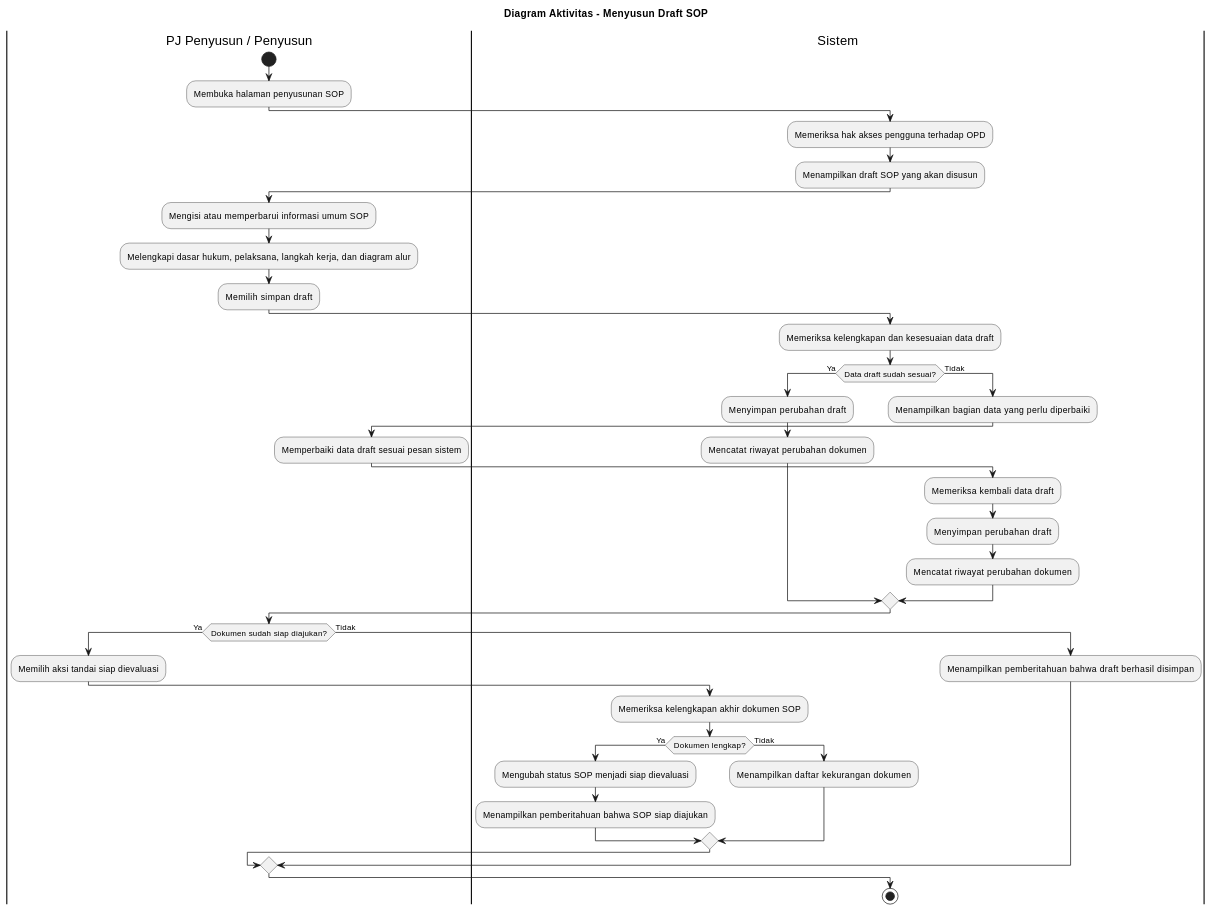
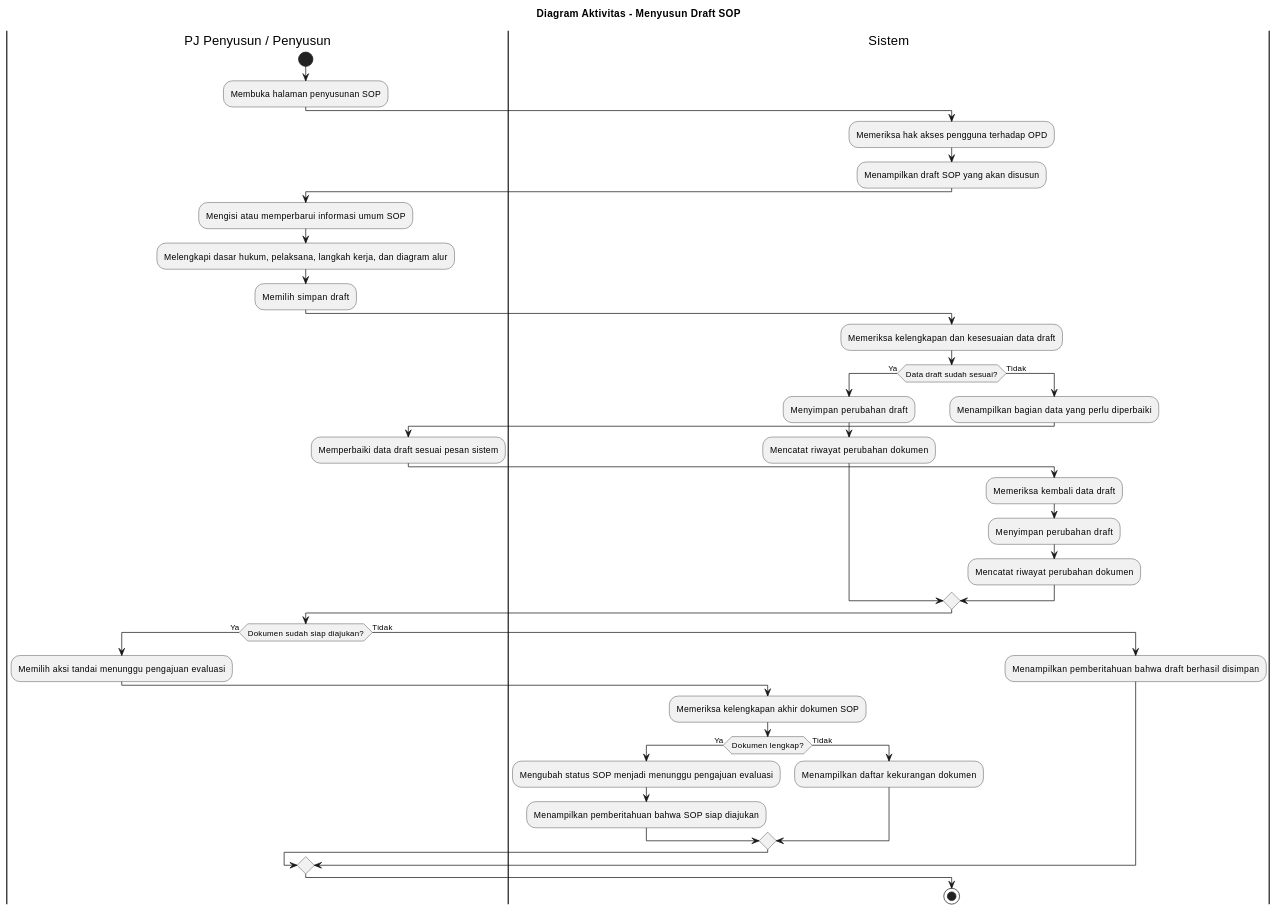
One commit to howlil/sop-generate-app changed the diagram in docs/activity-diagram/pj-penyusun-penyusun-menyusun-draft-sop.md. Above: the diagram before and after it, drawn with PlantUML. The commit also changed 186 other files, not shown here.

````diff
--- a/docs/activity-diagram/pj-penyusun-penyusun-menyusun-draft-sop.md
+++ b/docs/activity-diagram/pj-penyusun-penyusun-menyusun-draft-sop.md
@@ -16,51 +16,51 @@
 ```plantuml
 @startuml
 title Diagram Aktivitas - Menyusun Draft SOP
 
 |PJ Penyusun / Penyusun|
 start
 :Membuka halaman penyusunan SOP;
 
 |Sistem|
 :Memeriksa hak akses pengguna terhadap OPD;
 :Menampilkan draft SOP yang akan disusun;
 
 |PJ Penyusun / Penyusun|
 :Mengisi atau memperbarui informasi umum SOP;
 :Melengkapi dasar hukum, pelaksana, langkah kerja, dan diagram alur;
 :Memilih simpan draft;
 
 |Sistem|
 :Memeriksa kelengkapan dan kesesuaian data draft;
 if (Data draft sudah sesuai?) then (Ya)
   :Menyimpan perubahan draft;
   :Mencatat riwayat perubahan dokumen;
 else (Tidak)
   :Menampilkan bagian data yang perlu diperbaiki;
   |PJ Penyusun / Penyusun|
   :Memperbaiki data draft sesuai pesan sistem;
   |Sistem|
   :Memeriksa kembali data draft;
   :Menyimpan perubahan draft;
   :Mencatat riwayat perubahan dokumen;
 endif
 
 |PJ Penyusun / Penyusun|
 if (Dokumen sudah siap diajukan?) then (Ya)
-  :Memilih aksi tandai siap dievaluasi;
+  :Memilih aksi tandai menunggu pengajuan evaluasi;
   |Sistem|
   :Memeriksa kelengkapan akhir dokumen SOP;
   if (Dokumen lengkap?) then (Ya)
-    :Mengubah status SOP menjadi siap dievaluasi;
+    :Mengubah status SOP menjadi menunggu pengajuan evaluasi;
     :Menampilkan pemberitahuan bahwa SOP siap diajukan;
   else (Tidak)
     :Menampilkan daftar kekurangan dokumen;
   endif
 else (Tidak)
   |Sistem|
   :Menampilkan pemberitahuan bahwa draft berhasil disimpan;
 endif
 
 stop
 @enduml
 ```
````
